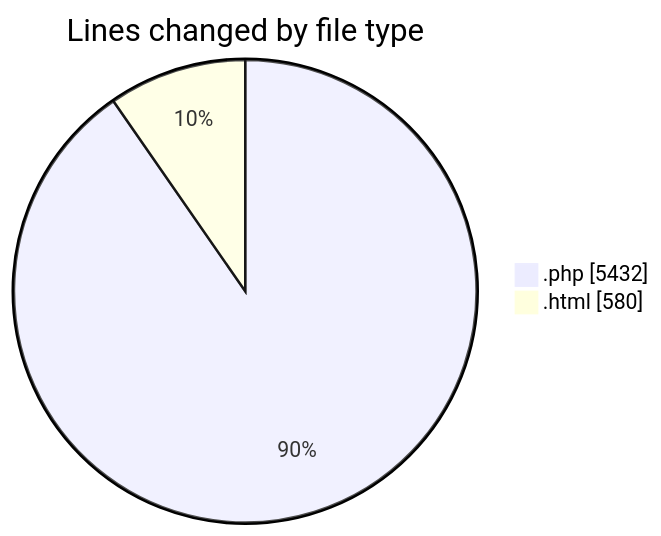
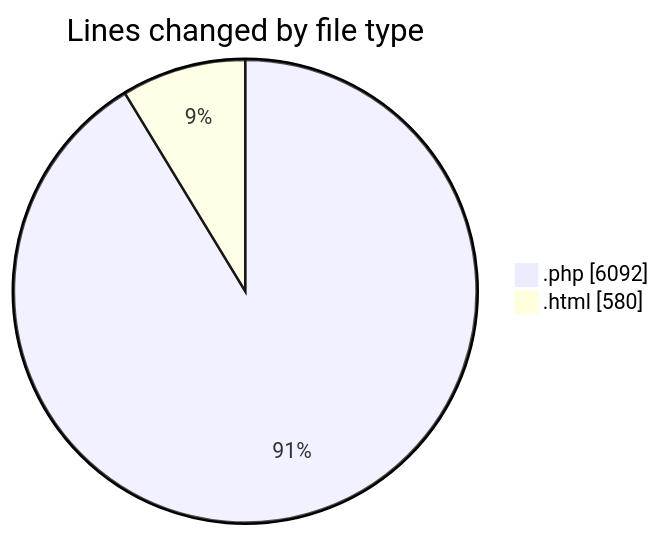
The first of 2 diagrams in 2025-09-02/quytuthien_vn/README.md (lephambinh05/code-tracking), drawn with Mermaid before and after one commit. The commit also changed other lines of this file and 1 other file, not shown here.

````diff
--- a/2025-09-02/quytuthien_vn/README.md
+++ b/2025-09-02/quytuthien_vn/README.md
@@ -26,6 +32,6 @@
 ```mermaid
 pie showData
 title Lines changed by file type
-".php" : 5432
+".php" : 6092
 ".html" : 580
 ```
````
